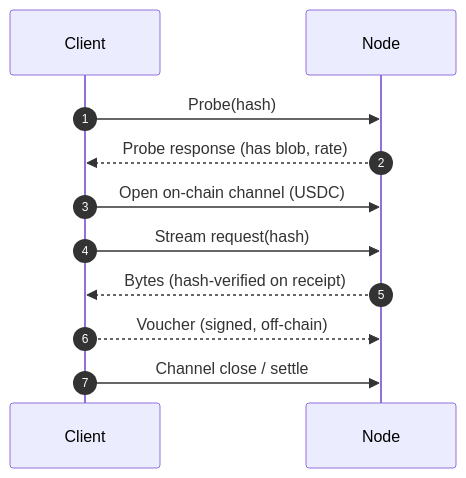
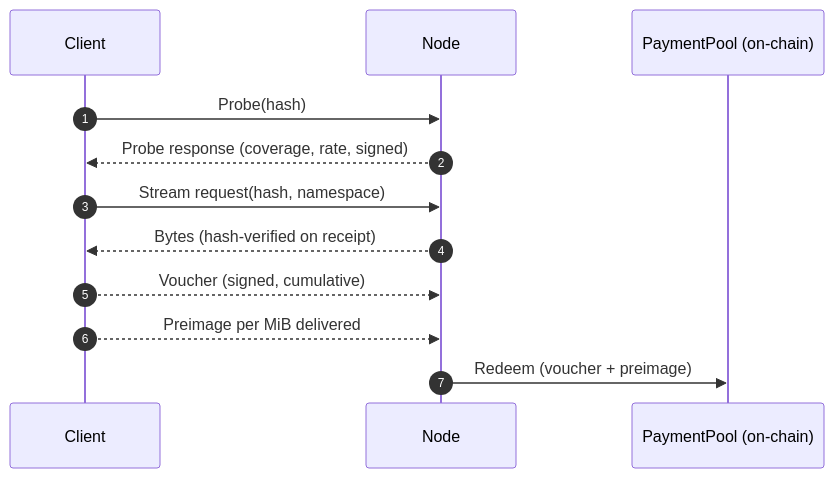
Before and after one commit to decdn/website: the first of 2 diagrams in docs/overview/how-it-works.mdx, drawn with Mermaid. The commit also changed other lines of this file and 13 other files, not shown here.

````diff
--- a/docs/overview/how-it-works.mdx
+++ b/docs/overview/how-it-works.mdx
@@ -8,14 +8,15 @@
 ```mermaid
 sequenceDiagram
     autonumber
     participant C as Client
     participant N as Node
+    participant P as PaymentPool (on-chain)
 
     C->>N: Probe(hash)
-    N-->>C: Probe response (has blob, rate)
-    C->>N: Open on-chain channel (USDC)
-    C->>N: Stream request(hash)
+    N-->>C: Probe response (coverage, rate, signed)
+    C->>N: Stream request(hash, namespace)
     N-->>C: Bytes (hash-verified on receipt)
-    C-->>N: Voucher (signed, off-chain)
-    C->>N: Channel close / settle
+    C-->>N: Voucher (signed, cumulative)
+    C-->>N: Preimage per MiB delivered
+    N->>P: Redeem (voucher + preimage)
 ```
````
